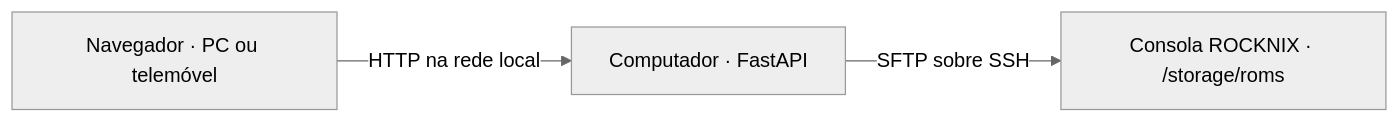
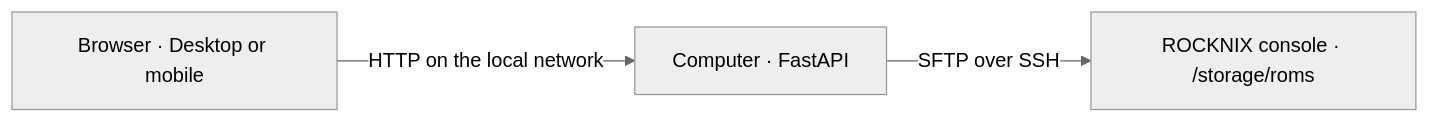
Before and after one commit to jpbjesus/rom-dock: the diagram in README.md, drawn with Mermaid (neutral theme). The commit also changed other lines of this file and 2 other files, not shown here.

````diff
--- a/README.md
+++ b/README.md
@@ -289,5 +291,5 @@
 ```mermaid
 flowchart LR
-    Browser["Navegador · PC ou telemóvel"] -->|HTTP na rede local| Server["Computador · FastAPI"]
-    Server -->|SFTP sobre SSH| Console["Consola ROCKNIX · /storage/roms"]
+    Browser["Browser · Desktop or mobile"] -->|HTTP on the local network| Server["Computer · FastAPI"]
+    Server -->|SFTP over SSH| Console["ROCKNIX console · /storage/roms"]
 ```
````
